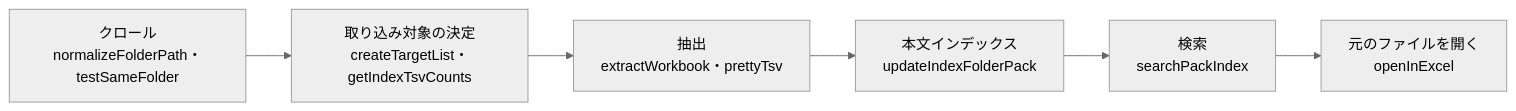
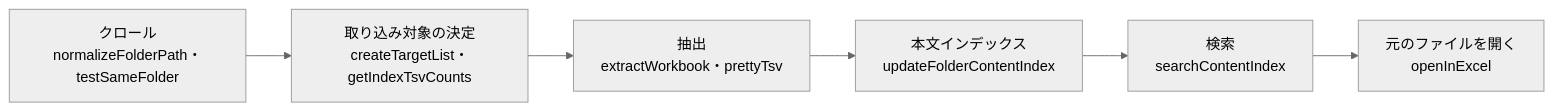
One commit to hsgwa/tebunko changed the diagram in docs/design/indexing/known-issues.md. Above: the diagram before and after it, drawn with Mermaid (neutral theme). The commit also changed 81 other files, not shown here.

First line of the commit message:
refactor: 集約ファイル（pack）のコードの名前を本文インデックス（contentIndex）に改める (#185)

````diff
--- a/docs/design/indexing/known-issues.md
+++ b/docs/design/indexing/known-issues.md
@@ -9,8 +9,8 @@
 ```mermaid
 flowchart LR
     A["クロール<br>normalizeFolderPath・testSameFolder"] --> B["取り込み対象の決定<br>createTargetList・getIndexTsvCounts"]
     B --> C["抽出<br>extractWorkbook・prettyTsv"]
-    C --> D["本文インデックス<br>updateIndexFolderPack"]
-    D --> E["検索<br>searchPackIndex"]
+    C --> D["本文インデックス<br>updateFolderContentIndex"]
+    D --> E["検索<br>searchContentIndex"]
     E --> F["元のファイルを開く<br>openInExcel"]
 ```
````
